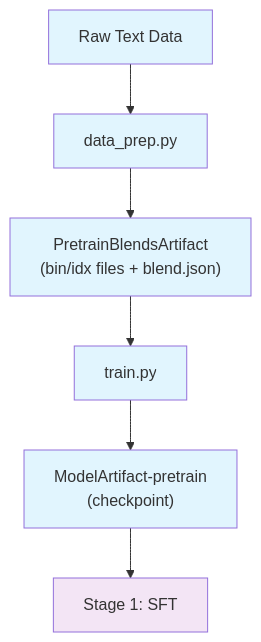
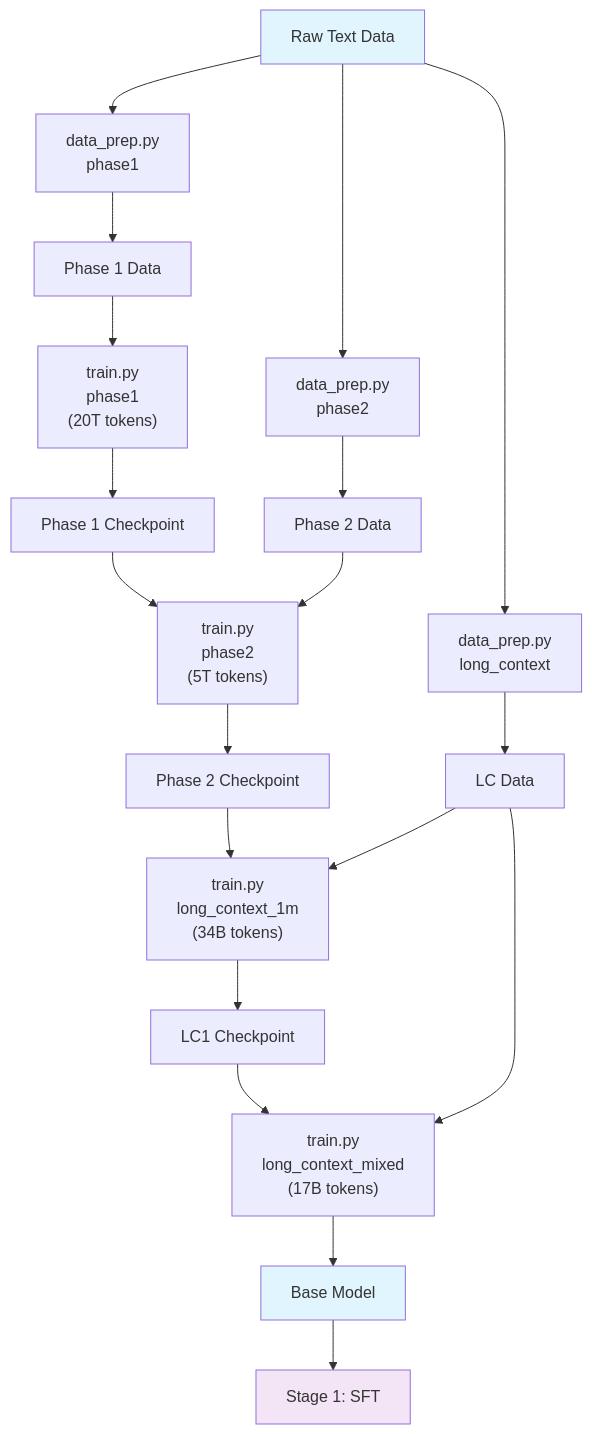
One commit to NVIDIA-NeMo/Nemotron changed the diagram in src/nemotron/recipes/super3/stage0_pretrain/README.md. Above: the diagram before and after it, drawn with Mermaid. The commit also changed other lines of this file and 3 other files, not shown here.

````diff
--- a/src/nemotron/recipes/super3/stage0_pretrain/README.md
+++ b/src/nemotron/recipes/super3/stage0_pretrain/README.md
@@ -216,15 +236,25 @@
 ```mermaid
 flowchart TB
-    raw["Raw Text Data"] --> dp["data_prep.py"]
-    dp --> data["PretrainBlendsArtifact<br/>(bin/idx files + blend.json)"]
-    data --> train["train.py"]
-    train --> model["ModelArtifact-pretrain<br/>(checkpoint)"]
+    raw["Raw Text Data"] --> dp1["data_prep.py<br/>phase1"]
+    raw --> dp2["data_prep.py<br/>phase2"]
+    raw --> dplc["data_prep.py<br/>long_context"]
+    dp1 --> d1["Phase 1 Data"]
+    dp2 --> d2["Phase 2 Data"]
+    dplc --> dlc["LC Data"]
+    d1 --> p1["train.py<br/>phase1<br/>(20T tokens)"]
+    p1 --> ckpt1["Phase 1 Checkpoint"]
+    ckpt1 --> p2["train.py<br/>phase2<br/>(5T tokens)"]
+    d2 --> p2
+    p2 --> ckpt2["Phase 2 Checkpoint"]
+    ckpt2 --> lc1["train.py<br/>long_context_1m<br/>(34B tokens)"]
+    dlc --> lc1
+    lc1 --> ckpt3["LC1 Checkpoint"]
+    ckpt3 --> lc2["train.py<br/>long_context_mixed<br/>(17B tokens)"]
+    dlc --> lc2
+    lc2 --> model["Base Model"]
     model --> next["Stage 1: SFT"]
 
     style raw fill:#e1f5fe
-    style dp fill:#e1f5fe
-    style data fill:#e1f5fe
-    style train fill:#e1f5fe
     style model fill:#e1f5fe
     style next fill:#f3e5f5
 ```
````
